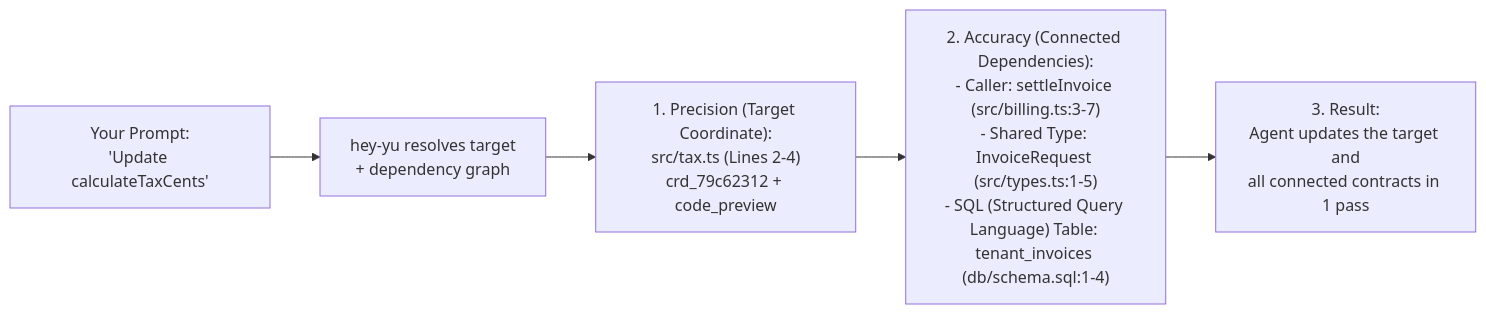
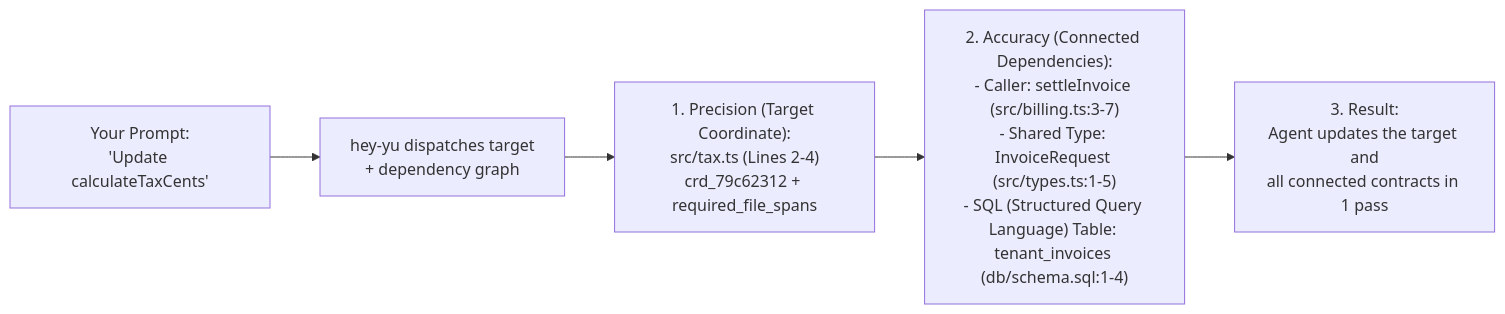
The first of 2 diagrams in README.md (yuyurooms/hey-yu), drawn with Mermaid before and after one commit. The commit also changed other lines of this file and 5 other files, not shown here.

Commit message:
feat(dispatcher): centralize multi-project AST storage and make hey-yu a pure coordinate dispatcher

````diff
--- a/README.md
+++ b/README.md
@@ -102,7 +102,7 @@
 ```mermaid
 flowchart LR
-    Prompt["Your Prompt:<br/>'Update calculateTaxCents'"] --> Resolve["hey-yu resolves target<br/>+ dependency graph"]
-    Resolve --> Target["1. Precision (Target Coordinate):<br/>src/tax.ts (Lines 2-4)<br/>crd_79c62312 + code_preview"]
+    Prompt["Your Prompt:<br/>'Update calculateTaxCents'"] --> Resolve["hey-yu dispatches target<br/>+ dependency graph"]
+    Resolve --> Target["1. Precision (Target Coordinate):<br/>src/tax.ts (Lines 2-4)<br/>crd_79c62312 + required_file_spans"]
     Target --> Deps["2. Accuracy (Connected Dependencies):<br/>- Caller: settleInvoice (src/billing.ts:3-7)<br/>- Shared Type: InvoiceRequest (src/types.ts:1-5)<br/>- SQL (Structured Query Language) Table: tenant_invoices (db/schema.sql:1-4)"]
     Deps --> Result["3. Result:<br/>Agent updates the target and<br/>all connected contracts in 1 pass"]
 ```
````
